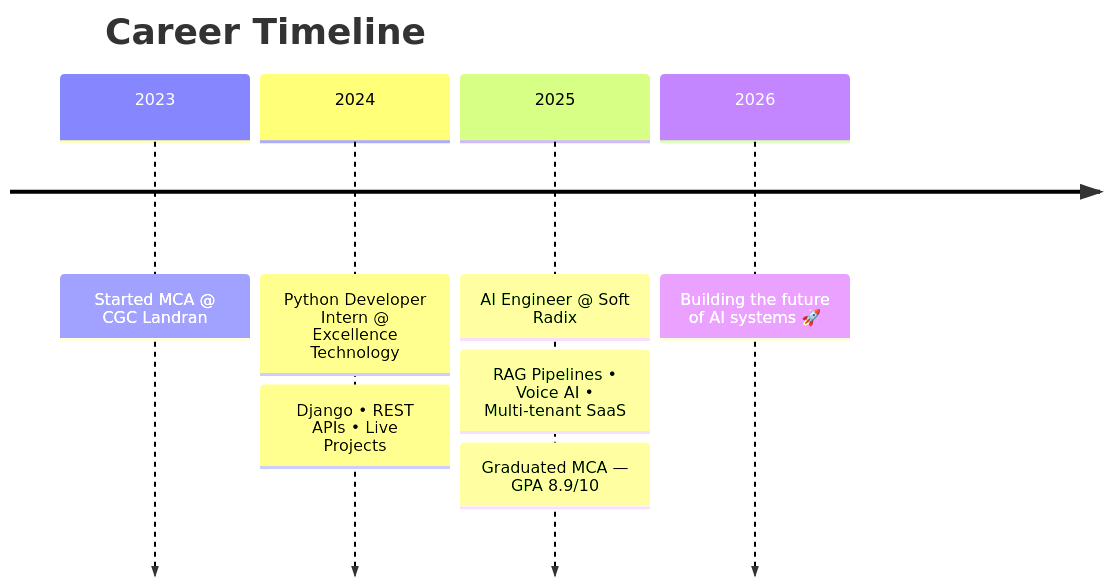
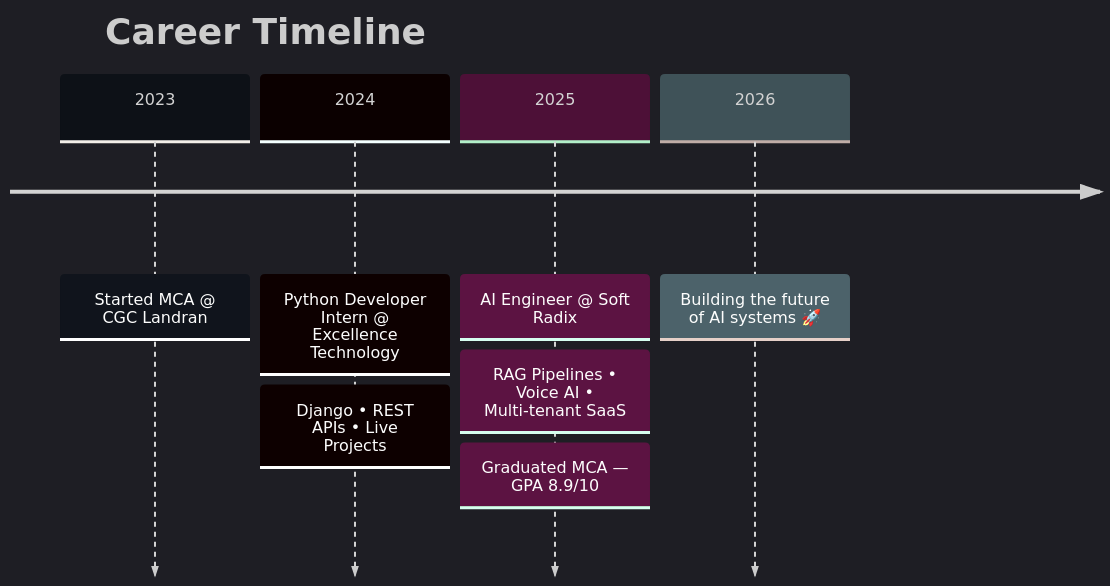
One commit to Rushil75/Rushil75 changed the diagram in README.md. Above: the diagram before and after it, drawn with Mermaid. The commit also changed other lines of this file, not shown here.

````diff
--- a/README.md
+++ b/README.md
@@ -140,11 +139,12 @@
 ```mermaid
+%%{init: {'theme':'dark', 'themeVariables': {'primaryColor':'#0d1117','primaryTextColor':'#00F5FF','lineColor':'#39FF14'}}}%%
 timeline
     title Career Timeline
     2023 : Started MCA @ CGC Landran
     2024 : Python Developer Intern @ Excellence Technology
          : Django • REST APIs • Live Projects
     2025 : AI Engineer @ Soft Radix
          : RAG Pipelines • Voice AI • Multi-tenant SaaS
          : Graduated MCA — GPA 8.9/10
     2026 : Building the future of AI systems 🚀
 ```
````
